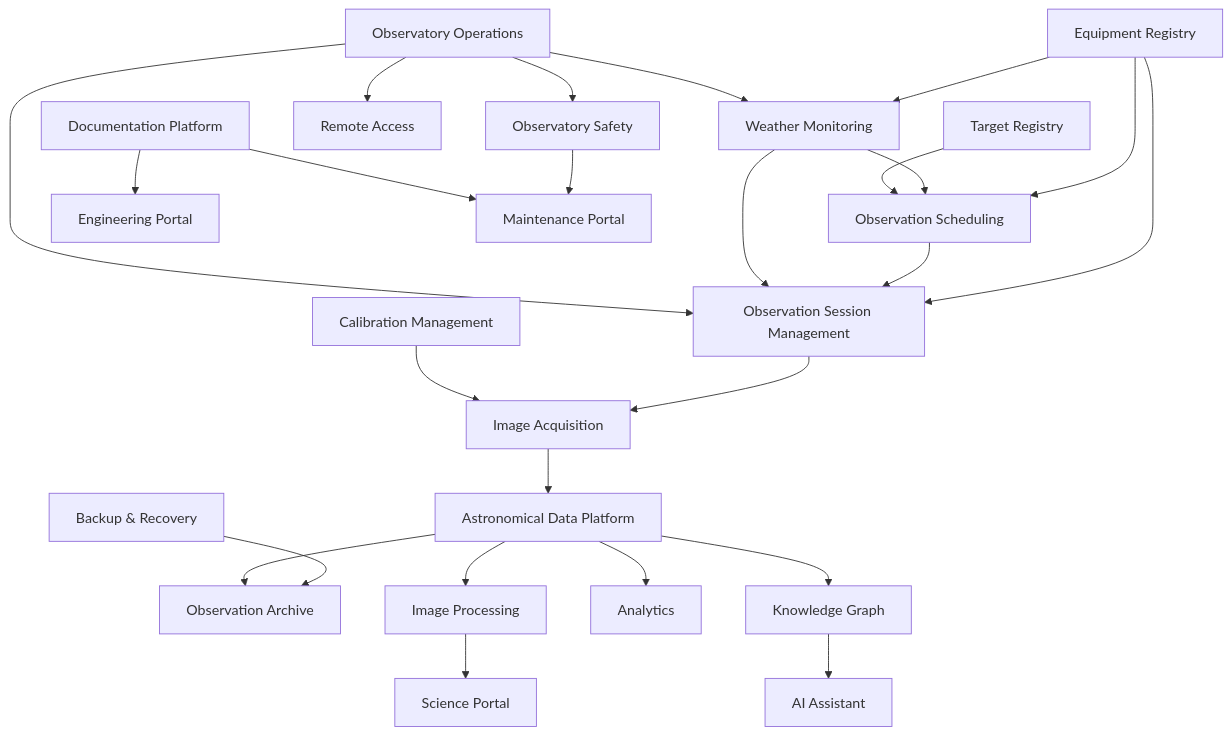
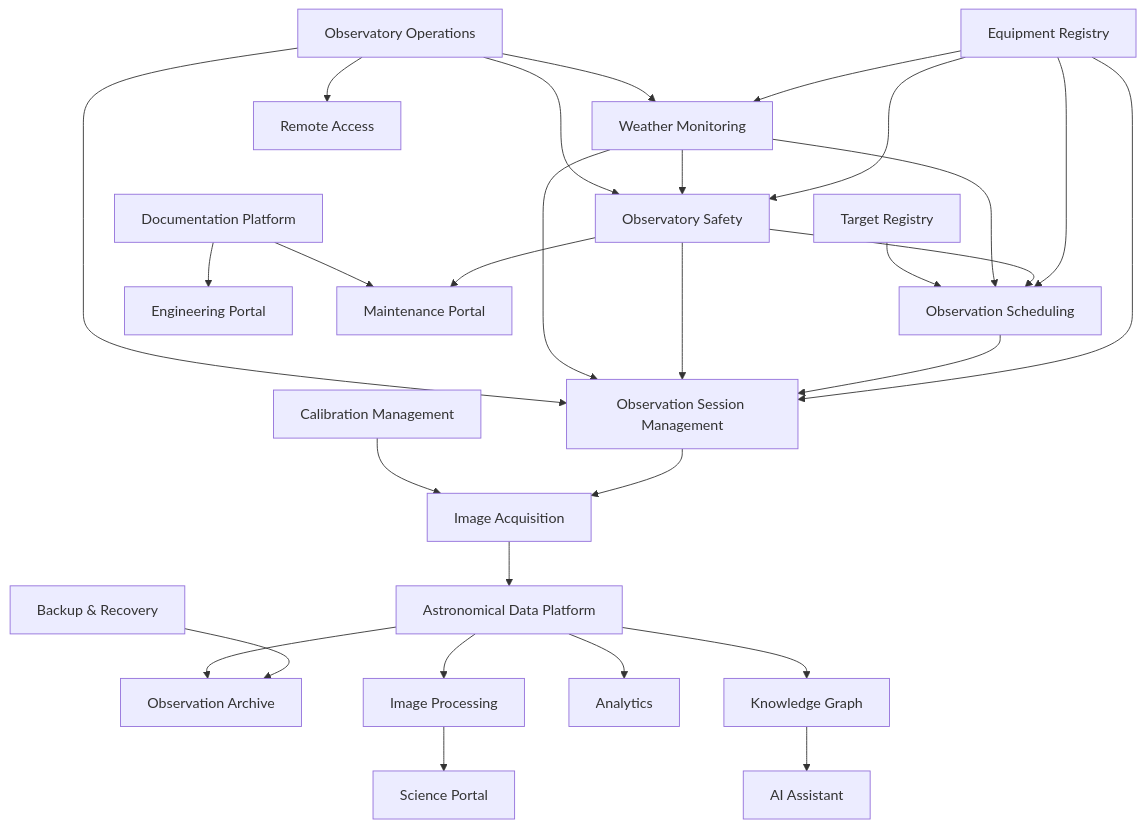
One commit to maininimassimo-bit/digital-stargate-manual changed the second of 4 diagrams in docs/capabilities/CAP-000-capability-registry.md. Above: the diagram before and after it, drawn with Mermaid. The commit also changed other lines of this file, not shown here.

````diff
--- a/docs/capabilities/CAP-000-capability-registry.md
+++ b/docs/capabilities/CAP-000-capability-registry.md
@@ -135,27 +135,31 @@
 ```mermaid
 flowchart TD
     OPS[Observatory Operations] --> SAFE[Observatory Safety]
     OPS --> WEATHER[Weather Monitoring]
     OPS --> REMOTE[Remote Access]
     OPS --> OSM[Observation Session Management]
     TARGET[Target Registry] --> SCHED[Observation Scheduling]
+    WEATHER --> SAFE
     WEATHER --> SCHED
     WEATHER --> OSM
+    SAFE --> SCHED
+    SAFE --> OSM
     SCHED --> OSM
-    EQUIP[Equipment Registry] --> WEATHER
+    EQUIP[Equipment Registry] --> SAFE
+    EQUIP --> WEATHER
     EQUIP --> SCHED
     EQUIP --> OSM
     CAL[Calibration Management] --> ACQ[Image Acquisition]
     OSM --> ACQ
     ACQ --> DATA[Astronomical Data Platform]
     DATA --> ARCH[Observation Archive]
     DATA --> PROC[Image Processing]
     PROC --> SCI[Science Portal]
     DATA --> ANL[Analytics]
     DATA --> KG[Knowledge Graph]
     KG --> AI[AI Assistant]
     DOC[Documentation Platform] --> ENG[Engineering Portal]
     DOC --> MAINT[Maintenance Portal]
     BACKUP[Backup & Recovery] --> ARCH
     SAFE --> MAINT
 ```
````
